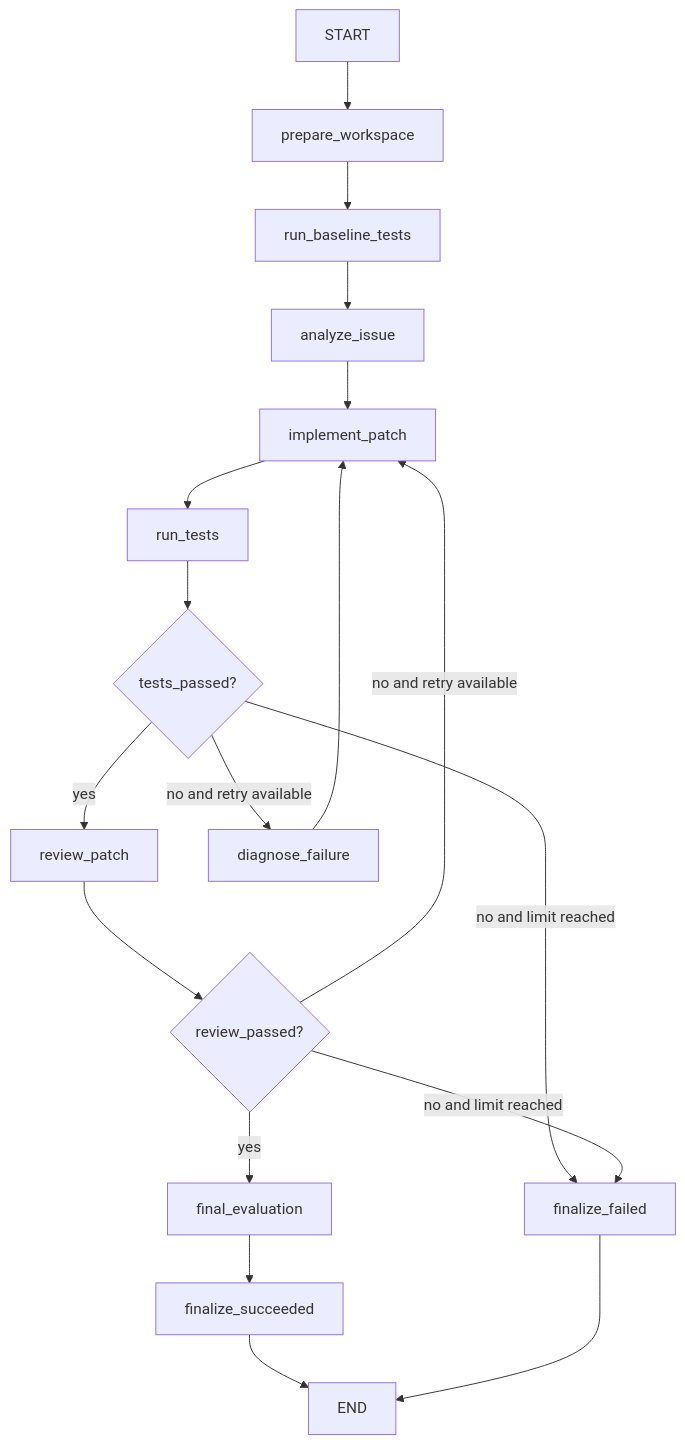
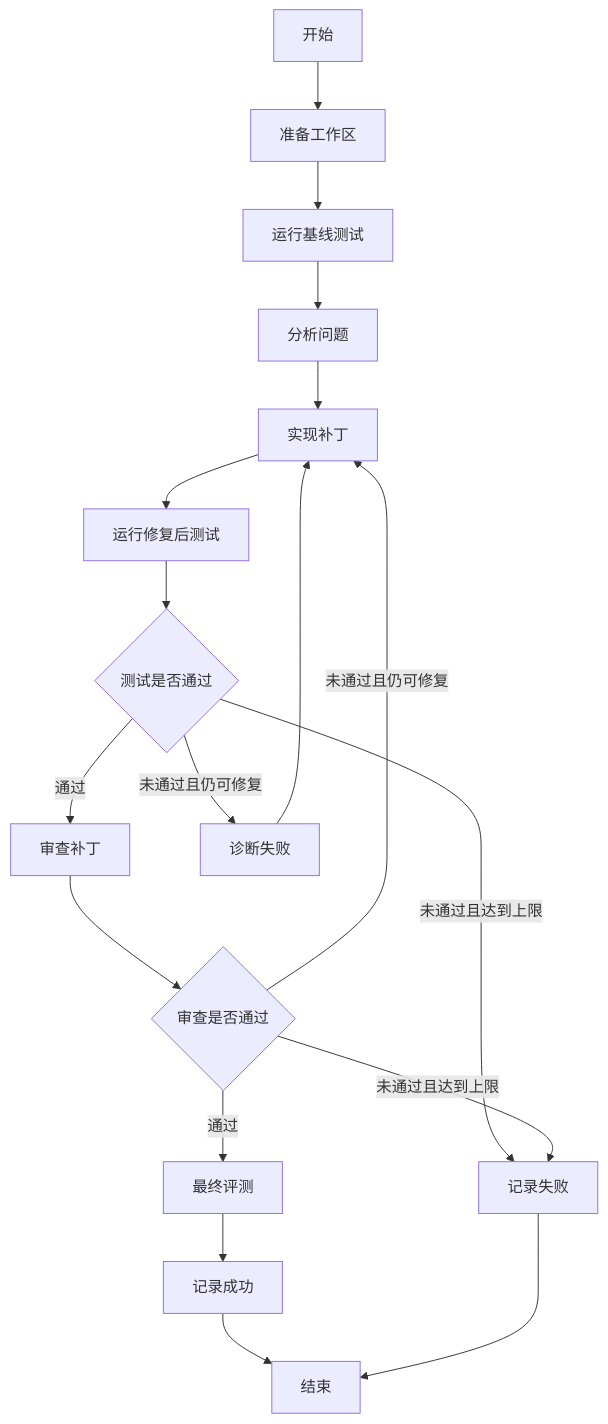
One commit to chengyu798/EvoDev changed the third of 3 diagrams in docs/02-系统架构设计.md. Above: the diagram before and after it, drawn with Mermaid. The commit also changed other lines of this file and 62 other files, not shown here.

````diff
--- a/docs/02-系统架构设计.md
+++ b/docs/02-系统架构设计.md
@@ -145,20 +251,20 @@
 ```mermaid
 flowchart TD
-    START --> PREPARE[prepare_workspace]
-    PREPARE --> BASELINE[run_baseline_tests]
-    BASELINE --> ANALYZE[analyze_issue]
-    ANALYZE --> IMPLEMENT[implement_patch]
-    IMPLEMENT --> TEST[run_tests]
-    TEST --> TEST_ROUTE{tests_passed?}
-    TEST_ROUTE -->|yes| REVIEW[review_patch]
-    TEST_ROUTE -->|no and retry available| DIAGNOSE[diagnose_failure]
-    TEST_ROUTE -->|no and limit reached| FAIL[finalize_failed]
+    START[开始] --> PREPARE[准备工作区]
+    PREPARE --> BASELINE[运行基线测试]
+    BASELINE --> ANALYZE[分析问题]
+    ANALYZE --> IMPLEMENT[实现补丁]
+    IMPLEMENT --> TEST[运行修复后测试]
+    TEST --> TEST_ROUTE{测试是否通过}
+    TEST_ROUTE -->|通过| REVIEW[审查补丁]
+    TEST_ROUTE -->|未通过且仍可修复| DIAGNOSE[诊断失败]
+    TEST_ROUTE -->|未通过且达到上限| FAIL[记录失败]
     DIAGNOSE --> IMPLEMENT
-    REVIEW --> REVIEW_ROUTE{review_passed?}
-    REVIEW_ROUTE -->|yes| EVALUATE[final_evaluation]
-    REVIEW_ROUTE -->|no and retry available| IMPLEMENT
-    REVIEW_ROUTE -->|no and limit reached| FAIL
-    EVALUATE --> SUCCESS[finalize_succeeded]
-    SUCCESS --> END
+    REVIEW --> REVIEW_ROUTE{审查是否通过}
+    REVIEW_ROUTE -->|通过| EVALUATE[最终评测]
+    REVIEW_ROUTE -->|未通过且仍可修复| IMPLEMENT
+    REVIEW_ROUTE -->|未通过且达到上限| FAIL
+    EVALUATE --> SUCCESS[记录成功]
+    SUCCESS --> END[结束]
     FAIL --> END
 ```
````
